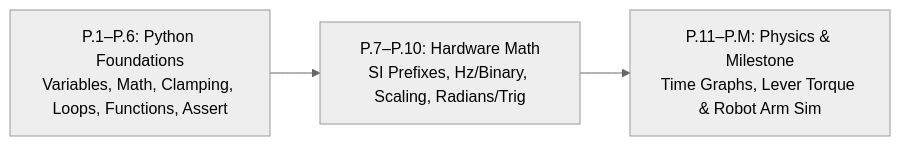
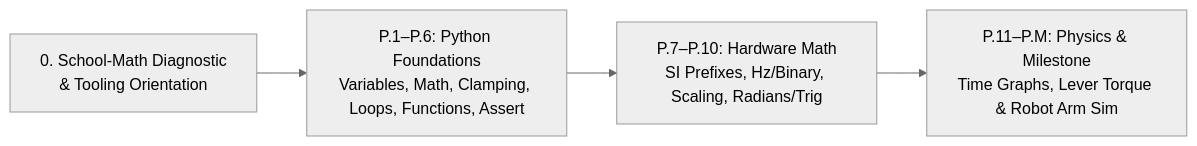
One commit to TLE47/Mechatronics-Roadmap changed the diagram in track-p/README.md. Above: the diagram before and after it, drawn with Mermaid (neutral theme). The commit also changed other lines of this file and 9 other files, not shown here.

````diff
--- a/track-p/README.md
+++ b/track-p/README.md
@@ -5,5 +5,6 @@
 ```mermaid
 flowchart LR
-    Py["P.1–P.6: Python Foundations<br/>Variables, Math, Clamping, Loops, Functions, Assert"] --> Math["P.7–P.10: Hardware Math<br/>SI Prefixes, Hz/Binary, Scaling, Radians/Trig"]
+    Diag["0. School-Math Diagnostic<br/>& Tooling Orientation"] --> Py["P.1–P.6: Python Foundations<br/>Variables, Math, Clamping, Loops, Functions, Assert"]
+    Py --> Math["P.7–P.10: Hardware Math<br/>SI Prefixes, Hz/Binary, Scaling, Radians/Trig"]
     Math --> Phys["P.11–P.M: Physics & Milestone<br/>Time Graphs, Lever Torque & Robot Arm Sim"]
 ```
````
